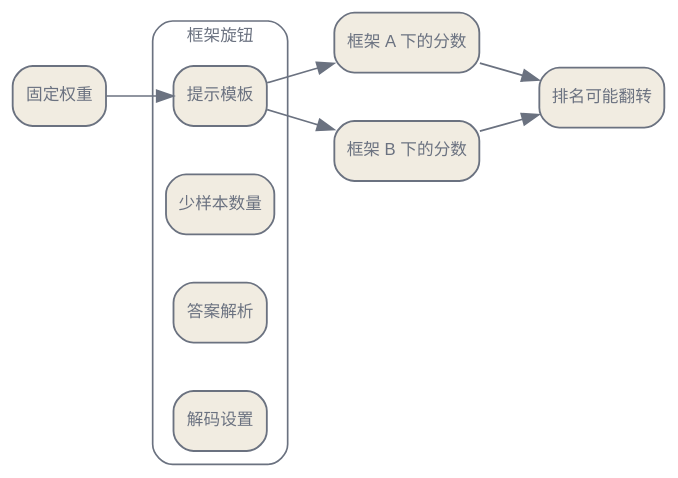
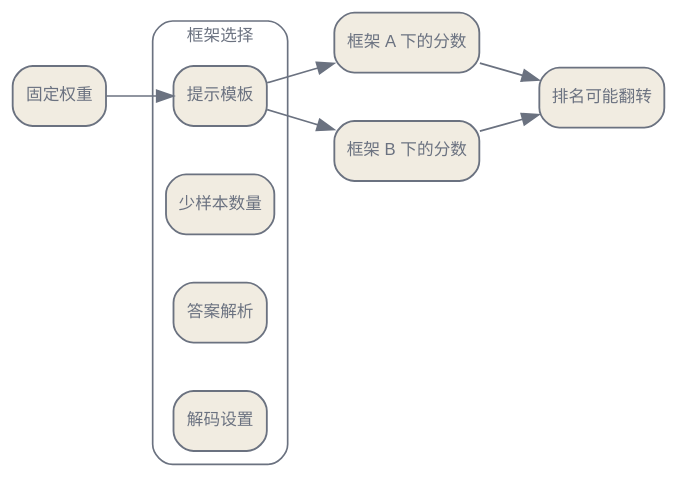
The third of 3 diagrams in zh/evaluation/01-benchmarks.qmd (latere-ai/ai-as-an-infrastructure), drawn with Graphviz before and after one commit. The commit also changed other lines of this file and 8 other files, not shown here.

````diff
--- a/zh/evaluation/01-benchmarks.qmd
+++ b/zh/evaluation/01-benchmarks.qmd
@@ -140,32 +140,32 @@
 ```{dot}
 //| label: fig-benchmarks-harness
 //| fig-cap: "为什么一个基准分数是模型与其框架二者合一的属性。固定的权重穿过未标准化的框架选择，于是同一个模型能给出不同的分数，而排名可能在各实验室之间翻转。"
 digraph {
   bgcolor="transparent";
   rankdir=LR;
   nodesep=0.4; ranksep=0.5;
   node [shape=box, style="rounded,filled", fontname="Helvetica", fontsize=10, color="#6b7280", fontcolor="#6b7280", fillcolor="#f1ece1", penwidth=1.1];
   edge [fontsize=10, fontname="Helvetica", color="#6b7280", fontcolor="#6b7280"];
 
   W [label="固定权重"];
   subgraph cluster_H {
-    label="框架旋钮";
+    label="框架选择";
     style=rounded;
     color="#6b7280";
     fontcolor="#6b7280";
     fontsize=10;
     P [label="提示模板"];
     F [label="少样本数量"];
     A [label="答案解析"];
     D [label="解码设置"];
   }
   W -> P;
   S1 [label="框架 A 下的分数"];
   S2 [label="框架 B 下的分数"];
   P -> S1;
   P -> S2;
   S1 -> R;
   S2 -> R;
   R [label="排名可能翻转"];
 }
 ```
````
